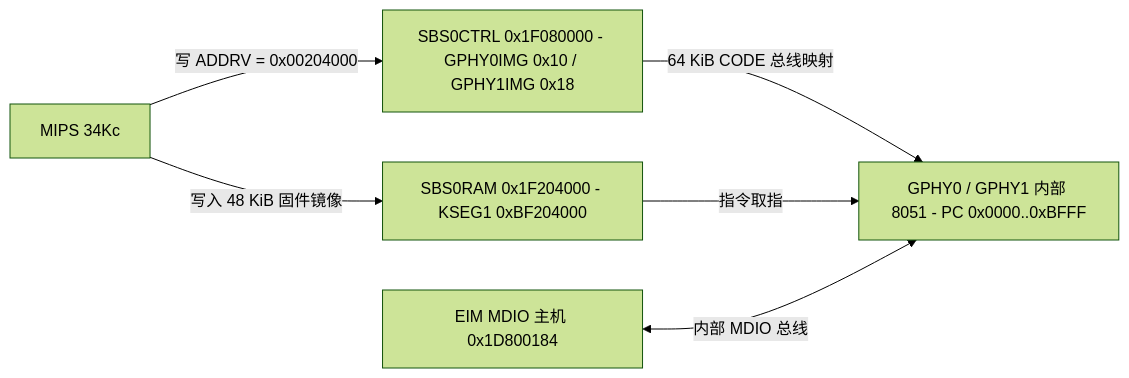
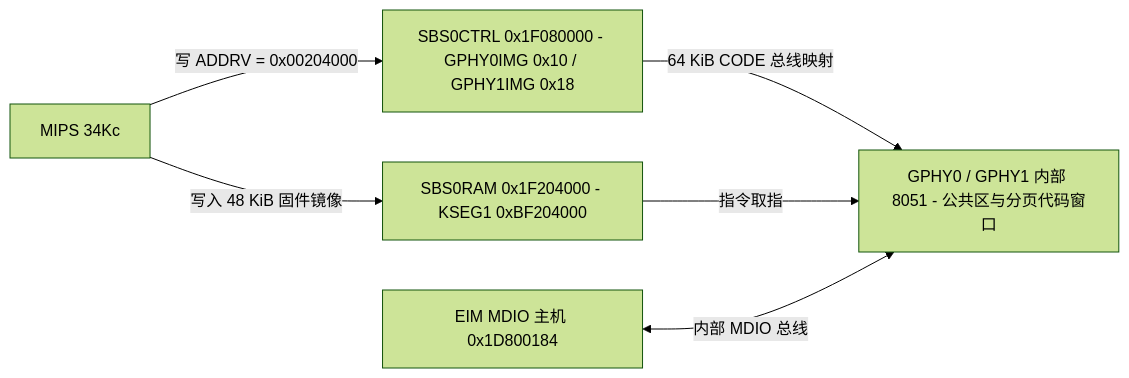
One commit to difanz/lantiq-falcon-s-docs changed the diagram in 07_phy_and_mac/05_gphy_dual_gigabit.md. Above: the diagram before and after it, drawn with Mermaid (forest theme). The commit also changed other lines of this file and 52 other files, not shown here.

````diff
--- a/07_phy_and_mac/05_gphy_dual_gigabit.md
+++ b/07_phy_and_mac/05_gphy_dual_gigabit.md
@@ -15,8 +15,8 @@
 ```mermaid
 flowchart LR
     MIPS["MIPS 34Kc"] -->|写入 48 KiB 固件镜像| SRAM["SBS0RAM 0x1F204000 - KSEG1 0xBF204000"]
     MIPS -->|写 ADDRV = 0x00204000| SBS0CTRL["SBS0CTRL 0x1F080000 - GPHY0IMG 0x10 / GPHY1IMG 0x18"]
-    SBS0CTRL -->|64 KiB CODE 总线映射| MCU["GPHY0 / GPHY1 内部 8051 - PC 0x0000..0xBFFF"]
+    SBS0CTRL -->|64 KiB CODE 总线映射| MCU["GPHY0 / GPHY1 内部 8051 - 公共区与分页代码窗口"]
     SRAM -->|指令取指| MCU
     EIM["EIM MDIO 主机 0x1D800184"] <-->|内部 MDIO 总线| MCU
 ```
````
